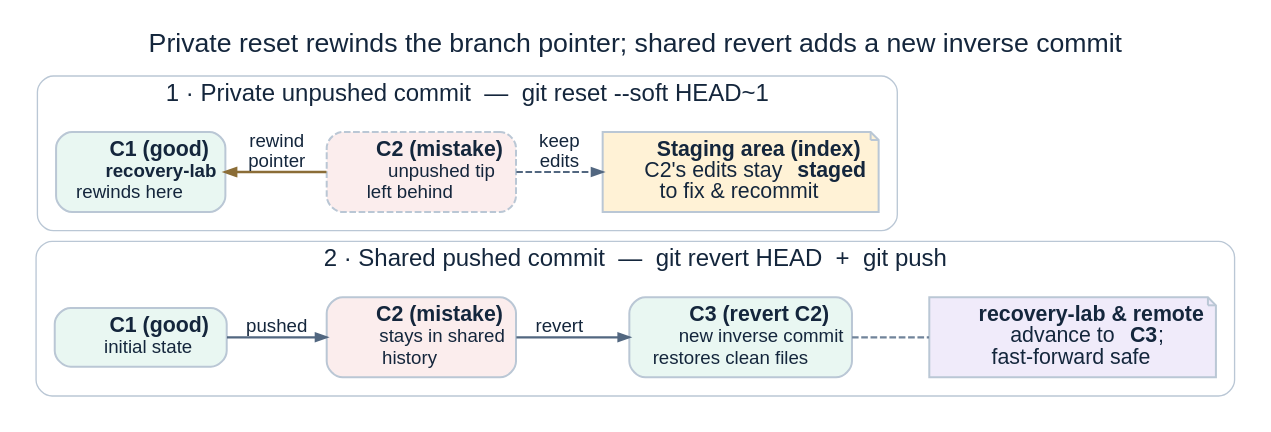
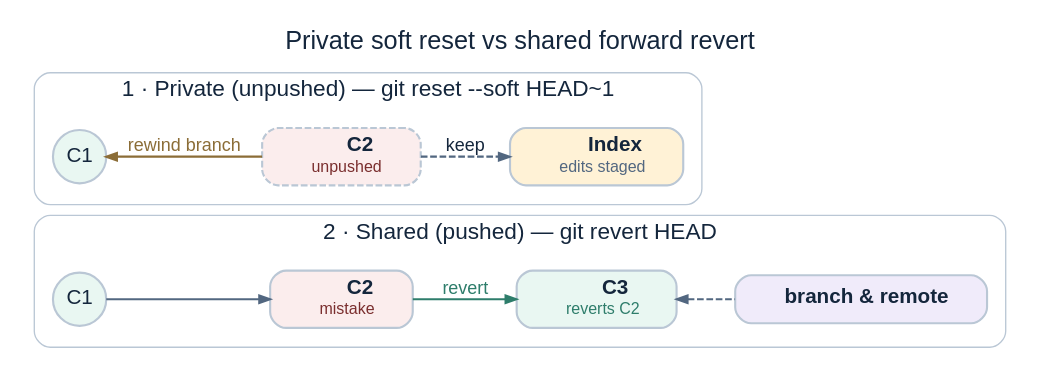
One commit to xangma/jupyter_data_languages changed the diagram in book/diagrams/git-undo-vs-revert.dot. Above: the diagram before and after it, drawn with Graphviz. The commit also changed 16 other files, not shown here.

Commit message:
Simplify all seven Git diagrams to concise labels and command arrows

```diff
--- a/book/diagrams/git-undo-vs-revert.dot
+++ b/book/diagrams/git-undo-vs-revert.dot
@@ -1,72 +1,62 @@
-// Source: 02-git-and-tests.ipynb; private git reset --soft vs shared git revert.
+// Source: 02-git-and-tests.ipynb, Part 3 ("Undo mistakes safely").
+// Private reset rewinds pointer; shared revert adds inverse commit.
 digraph git_undo_vs_revert {
   graph [
-    bgcolor="white", fontname="Arial", fontsize=20, fontcolor="#14263C",
-    label="Private reset rewinds the branch pointer; shared revert adds a new inverse commit",
-    labelloc=t, rankdir=LR, newrank=true, nodesep=0.26, ranksep=0.40, pad=0.16,
+    bgcolor="white", fontname="Arial", fontsize=19, fontcolor="#14263C",
+    label="Private soft reset vs shared forward revert",
+    labelloc=t, rankdir=LR, newrank=true, nodesep=0.28, ranksep=0.44, pad=0.14,
     splines=true
   ];
   node [
-    fontname="Arial", fontsize=16, fontcolor="#14263C",
-    color="#BAC7D5", penwidth=1.5, style="rounded,filled", margin="0.13,0.09"
+    fontname="Arial", fontsize=15.5, fontcolor="#14263C",
+    color="#BAC7D5", penwidth=1.6, style="rounded,filled", margin="0.13,0.09"
   ];
   edge [
-    fontname="Arial", fontsize=14, fontcolor="#14263C",
+    fontname="Arial", fontsize=13.5, fontcolor="#14263C",
     color="#526780", penwidth=1.6, arrowsize=0.8
   ];
 
-  // In rankdir=LR, Graphviz stacks later clusters higher on the y-axis,
-  // so defining cluster_shared before cluster_private places Row 1 on top.
+  // Defined first so cluster_private stacks above cluster_shared in rankdir=LR.
   subgraph cluster_shared {
-    label="2 · Shared pushed commit  —  git revert HEAD  +  git push";
-    fontsize=18; style="rounded"; color="#BAC7D5"; margin=14;
+    label="2 · Shared (pushed) — git revert HEAD";
+    fontsize=17; style="rounded"; color="#BAC7D5"; margin=14;
 
-    s_c1 [shape=box, fillcolor="#E9F7F2", label=<
-      <B>C1 (good)</B><BR/>
-      <FONT POINT-SIZE="14">initial state</FONT>
-    >];
+    s_c1 [shape=circle, fixedsize=true, width=0.56, fillcolor="#E9F7F2", label="C1"];
     s_c2 [shape=box, fillcolor="#FBEDED", label=<
-      <B>C2 (mistake)</B><BR/>
-      <FONT POINT-SIZE="14">stays in shared<BR/>history</FONT>
+      <B>C2</B><BR/>
+      <FONT POINT-SIZE="12.5" COLOR="#7A2E2E">mistake</FONT>
     >];
     s_c3 [shape=box, fillcolor="#E9F7F2", label=<
-      <B>C3 (revert C2)</B><BR/>
-      <FONT POINT-SIZE="14">new inverse commit<BR/>restores clean files</FONT>
+      <B>C3</B><BR/>
+      <FONT POINT-SIZE="12.5" COLOR="#2E7D6B">reverts C2</FONT>
     >];
-    s_push [shape=note, style="filled", fillcolor="#F0EBFA", label=<
-      <B>recovery-lab &amp; remote</B><BR/>
-      advance to <B>C3</B>;<BR/>
-      fast-forward safe
+    s_tip [shape=box, fillcolor="#F0EBFA", label=<
+      <B>branch &amp; remote</B>
     >];
 
-    s_c1 -> s_c2 [label="pushed"];
-    s_c2 -> s_c3 [label="revert"];
-    s_c3 -> s_push [style=dashed, arrowhead=none, color="#71849A"];
+    s_c1 -> s_c2;
+    s_c2 -> s_c3 [color="#2E7D6B", fontcolor="#2E7D6B", label="revert"];
+    s_c3 -> s_tip [style=dashed, dir=back, color="#526780"];
   }
 
   subgraph cluster_private {
-    label="1 · Private unpushed commit  —  git reset --soft HEAD~1";
-    fontsize=18; style="rounded"; color="#BAC7D5"; margin=14;
+    label="1 · Private (unpushed) — git reset --soft HEAD~1";
+    fontsize=17; style="rounded"; color="#BAC7D5"; margin=14;
 
-    p_c1 [shape=box, fillcolor="#E9F7F2", label=<
-      <B>C1 (good)</B><BR/>
-      <FONT POINT-SIZE="14"><B>recovery-lab</B><BR/>rewinds here</FONT>
+    p_c1 [shape=circle, fixedsize=true, width=0.56, fillcolor="#E9F7F2", label="C1"];
+    p_c2 [shape=box, style="rounded,filled,dashed", fillcolor="#FBEDED", label=<
+      <B>C2</B><BR/>
+      <FONT POINT-SIZE="12.5" COLOR="#7A2E2E">unpushed</FONT>
     >];
-    p_c2 [shape=box, style="rounded,filled,dashed", fillcolor="#FBEDED", label=<
-      <B>C2 (mistake)</B><BR/>
-      <FONT POINT-SIZE="14">unpushed tip<BR/>left behind</FONT>
-    >];
-    p_staged [shape=note, style="filled", fillcolor="#FFF2D6", label=<
-      <B>Staging area (index)</B><BR/>
-      C2's edits stay <B>staged</B><BR/>
-      to fix &amp; recommit
+    p_staged [shape=box, fillcolor="#FFF2D6", label=<
+      <B>Index</B><BR/>
+      <FONT POINT-SIZE="12.5" COLOR="#526780">edits staged</FONT>
     >];
 
-    p_c1 -> p_c2 [dir=back, color="#8B6D37", penwidth=1.9, label="rewind\npointer"];
-    p_c2 -> p_staged [style=dashed, color="#526780", label="keep\nedits"];
+    p_c1 -> p_c2 [dir=back, color="#8B6D37", fontcolor="#8B6D37", label="rewind branch"];
+    p_c2 -> p_staged [style=dashed, label="keep"];
   }
 
   { rank=same; s_c1; p_c1; }
   { rank=same; s_c2; p_c2; }
-  { rank=same; s_c3; p_staged; }
 }
```
